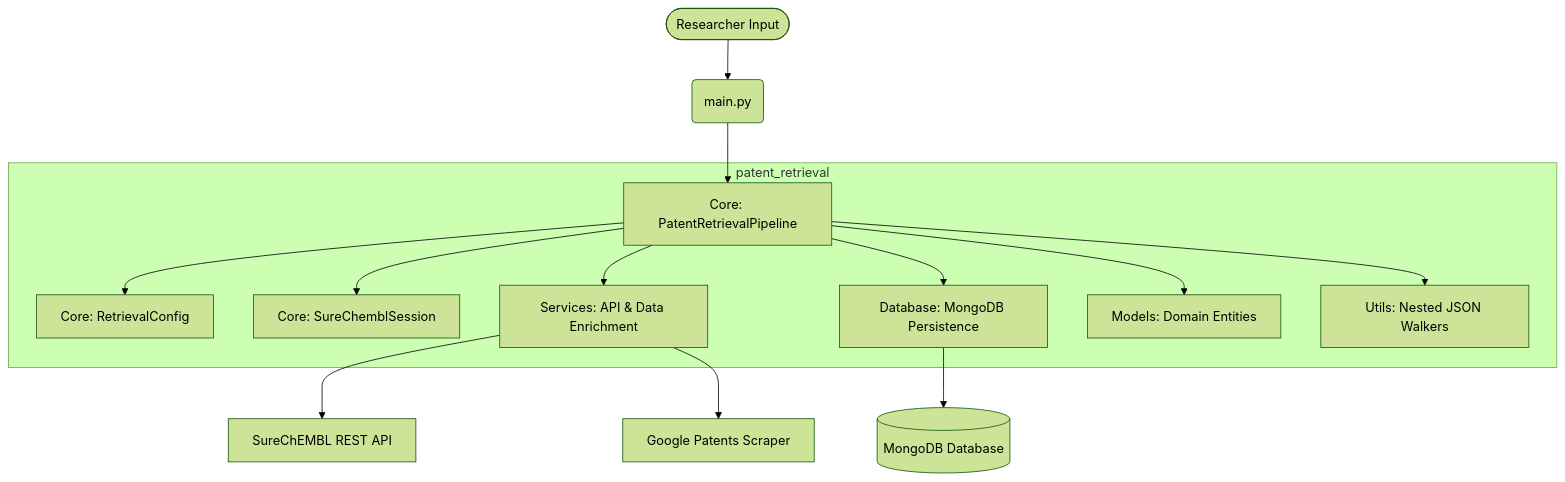
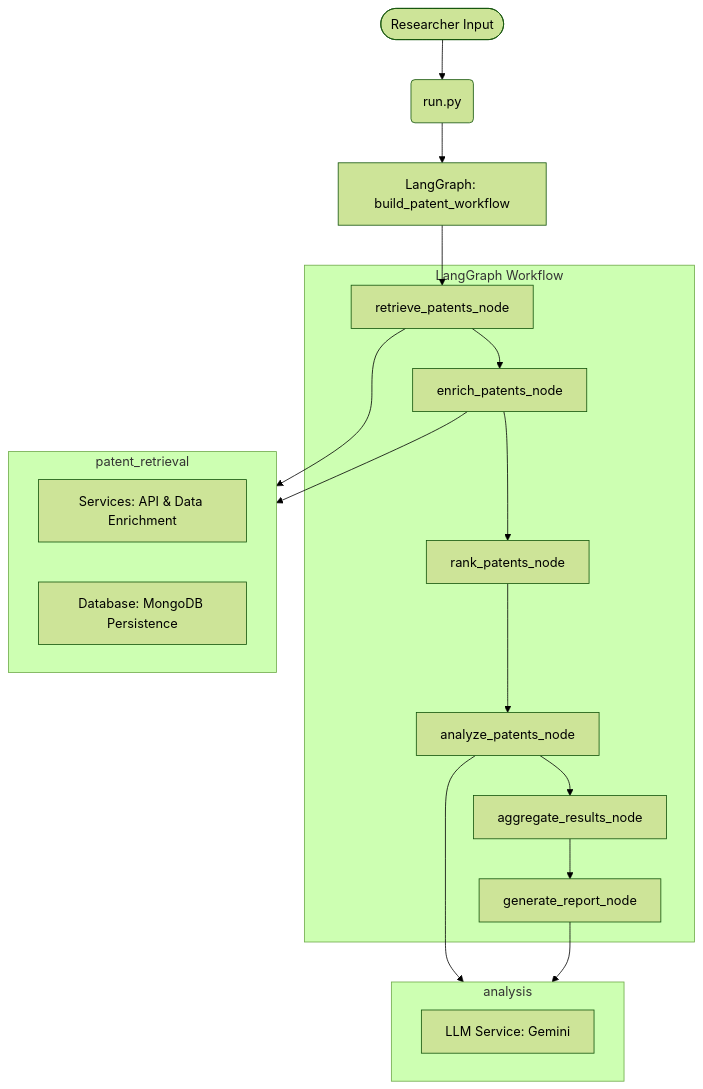
The diagram in README.md (nxtrohith/PatentPilot), drawn with Mermaid (forest theme) before and after one commit. The commit also changed other lines of this file, not shown here.

Commit message:
docs: update architecture documentation to reflect LangGraph workflow integration and Gemini API implementation

````diff
--- a/README.md
+++ b/README.md
@@ -12,18 +12,29 @@
 ```mermaid
 graph TD
-    User([Researcher Input]) --> main(main.py)
-    main --> Pipeline[Core: PatentRetrievalPipeline]
+    User([Researcher Input]) --> run(run.py)
+    run --> Workflow[LangGraph: build_patent_workflow]
+    
+    subgraph LangGraph Workflow
+        Retrieve[retrieve_patents_node] --> Enrich[enrich_patents_node]
+        Enrich --> Rank[rank_patents_node]
+        Rank --> Analyze[analyze_patents_node]
+        Analyze --> Aggregate[aggregate_results_node]
+        Aggregate --> Report[generate_report_node]
+    end
+    
+    Workflow --> Retrieve
+    
+    Retrieve --> patent_retrieval
+    Enrich --> patent_retrieval
+    Analyze --> analysis
+    Report --> analysis
     
     subgraph patent_retrieval
-        Pipeline --> Config[Core: RetrievalConfig]
-        Pipeline --> Session[Core: SureChemblSession]
-        Pipeline --> Services[Services: API & Data Enrichment]
-        Pipeline --> DB[Database: MongoDB Persistence]
-        Pipeline --> Models[Models: Domain Entities]
-        Pipeline --> Utils[Utils: Nested JSON Walkers]
+        Services[Services: API & Data Enrichment]
+        DB[Database: MongoDB Persistence]
     end
     
-    Services --> SureChEMBL[SureChEMBL REST API]
-    Services --> GooglePatents[Google Patents Scraper]
-    DB --> MongoDB[(MongoDB Database)]
+    subgraph analysis
+        LLM[LLM Service: Gemini]
+    end
 ```
````
